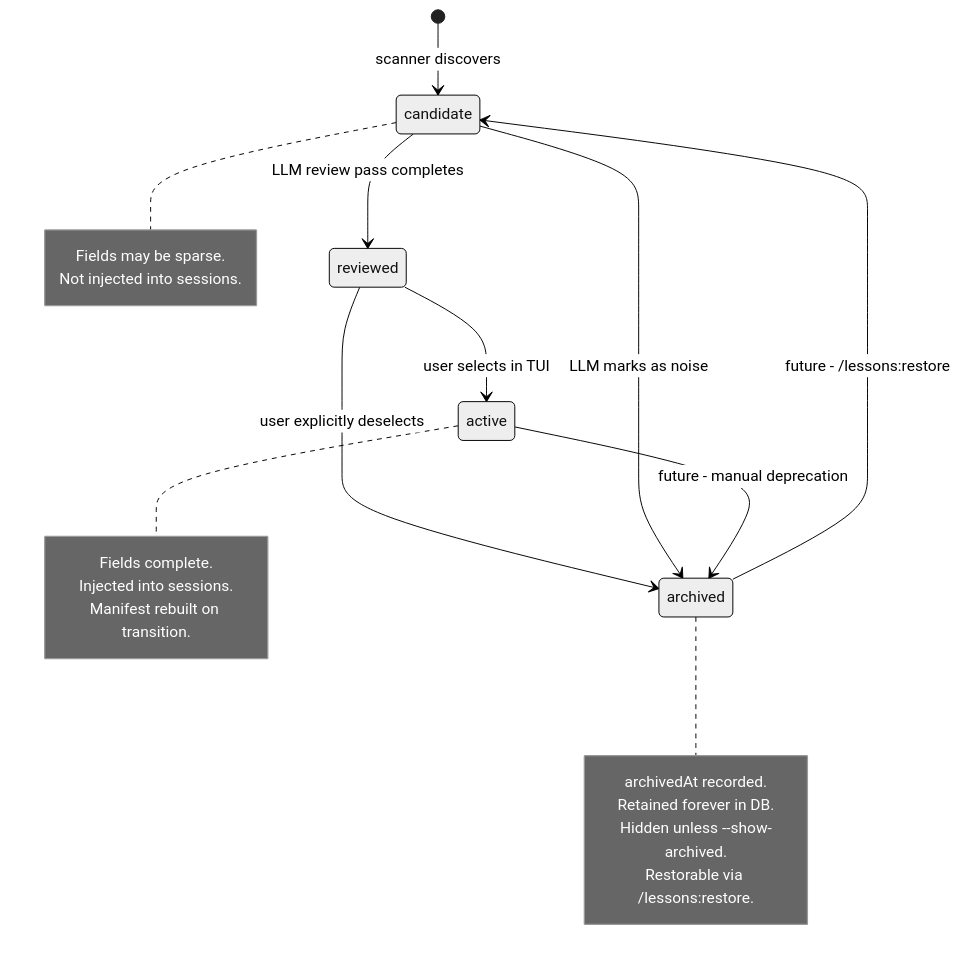
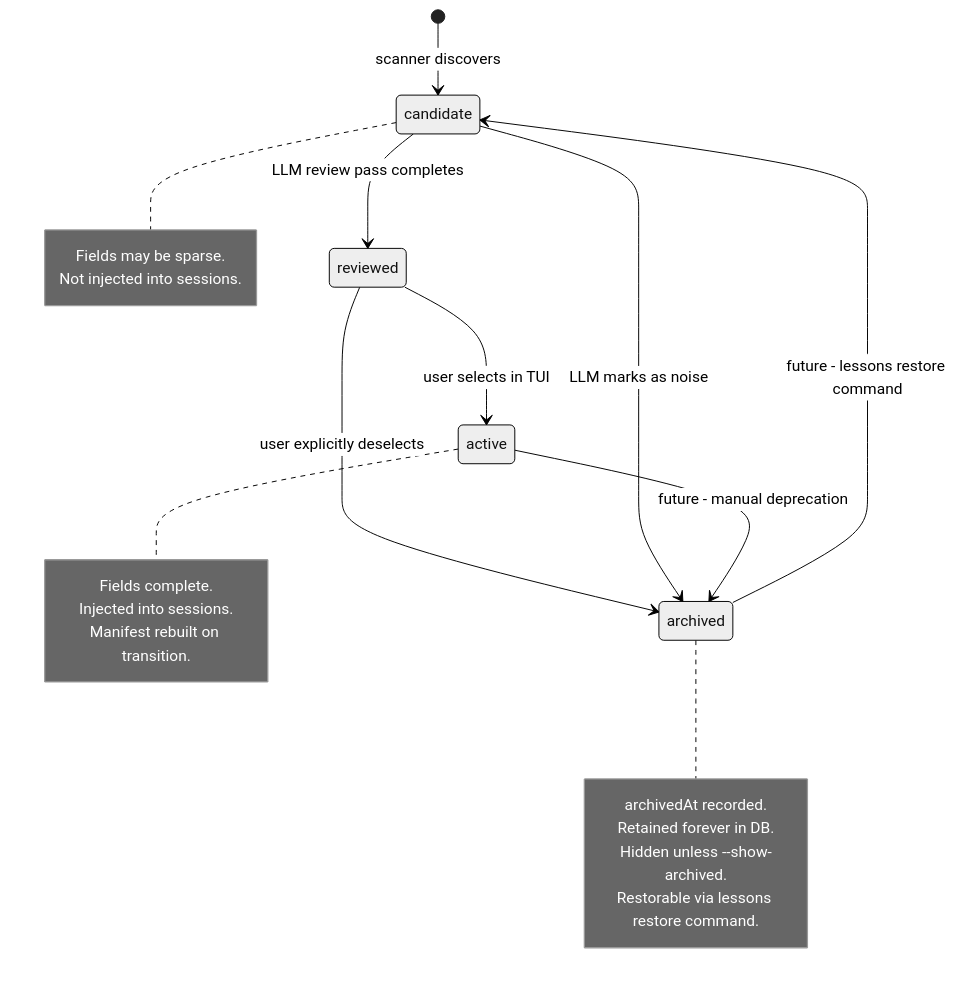
Before and after one commit to joeblackwaslike/lessons-learned: the second of 5 diagrams in docs/prds/002-lessons-review-command.md, drawn with Mermaid (neutral theme). The commit also changed other lines of this file, not shown here.

````diff
--- a/docs/prds/002-lessons-review-command.md
+++ b/docs/prds/002-lessons-review-command.md
@@ -192,30 +186,30 @@
 ```mermaid
 stateDiagram-v2
     [*] --> candidate: scanner discovers
 
     candidate --> reviewed: LLM review pass completes
     reviewed --> active: user selects in TUI
     reviewed --> archived: user explicitly deselects
     candidate --> archived: LLM marks as noise
 
     active --> archived: future - manual deprecation
-    archived --> candidate: future - /lessons:restore
+    archived --> candidate: future - lessons restore command
 
     note right of candidate
         Fields may be sparse.
         Not injected into sessions.
     end note
 
     note right of active
         Fields complete.
         Injected into sessions.
         Manifest rebuilt on transition.
     end note
 
     note right of archived
         archivedAt recorded.
         Retained forever in DB.
         Hidden unless --show-archived.
-        Restorable via /lessons:restore.
+        Restorable via lessons restore command.
     end note
 ```
````
